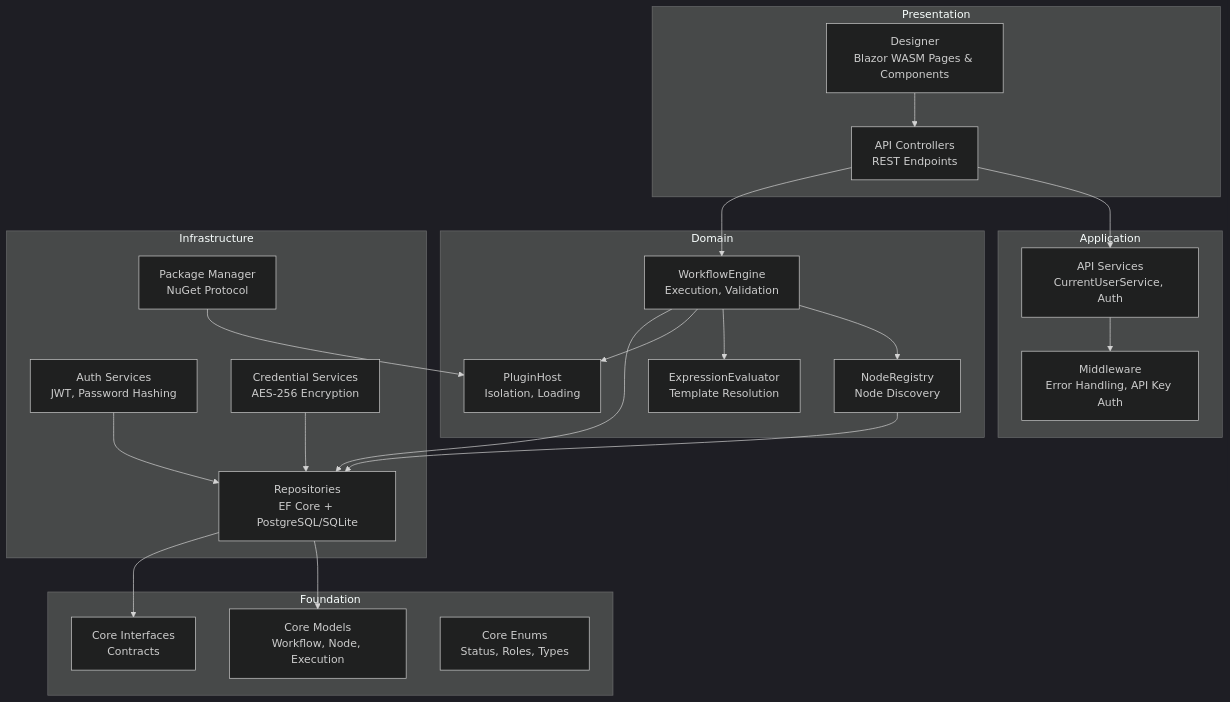
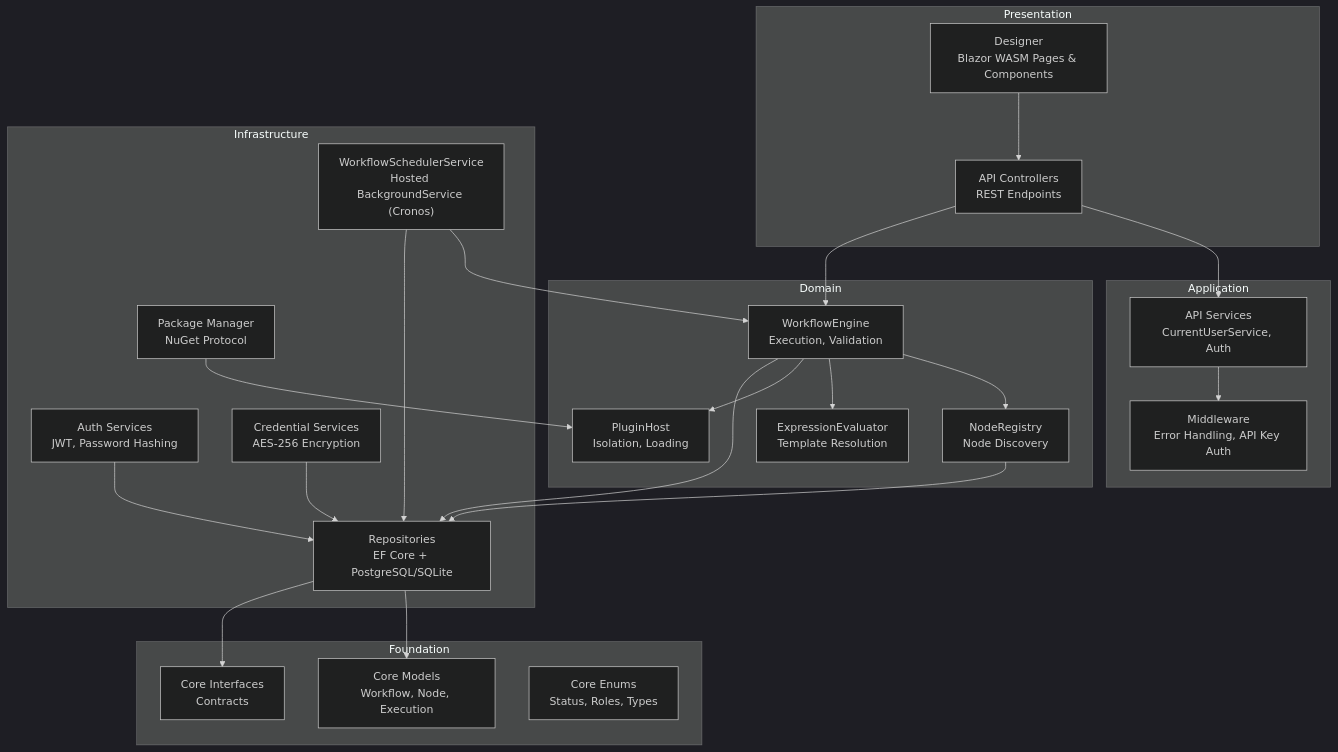
One commit to homolibere/Vyshyvanka changed the third of 3 diagrams in docs/02-architecture.md. Above: the diagram before and after it, drawn with Mermaid (dark theme). The commit also changed other lines of this file and 43 other files, not shown here.

First line of the commit message:
feat(workflow): decouple activation from execution + add scheduler

````diff
--- a/docs/02-architecture.md
+++ b/docs/02-architecture.md
@@ -93,47 +94,50 @@
 ```mermaid
 graph TB
     subgraph Presentation
         Designer["Designer<br/>Blazor WASM Pages & Components"]
         Controllers["API Controllers<br/>REST Endpoints"]
     end
 
     subgraph Application
         Services["API Services<br/>CurrentUserService, Auth"]
         Middleware["Middleware<br/>Error Handling, API Key Auth"]
     end
 
     subgraph Domain
         EngineExec["WorkflowEngine<br/>Execution, Validation"]
         Registry["NodeRegistry<br/>Node Discovery"]
         Expressions["ExpressionEvaluator<br/>Template Resolution"]
         Plugins["PluginHost<br/>Isolation, Loading"]
     end
 
     subgraph Infrastructure
         Persistence["Repositories<br/>EF Core + PostgreSQL/SQLite"]
         Auth["Auth Services<br/>JWT, Password Hashing"]
         Credentials["Credential Services<br/>AES-256 Encryption"]
         Packages["Package Manager<br/>NuGet Protocol"]
+        Scheduler["WorkflowSchedulerService<br/>Hosted BackgroundService (Cronos)"]
     end
 
     subgraph Foundation
         CoreModels["Core Models<br/>Workflow, Node, Execution"]
         CoreInterfaces["Core Interfaces<br/>Contracts"]
         CoreEnums["Core Enums<br/>Status, Roles, Types"]
     end
 
     Designer --> Controllers
     Controllers --> Services
     Controllers --> EngineExec
     Services --> Middleware
     EngineExec --> Registry
     EngineExec --> Expressions
     EngineExec --> Plugins
     Registry --> Persistence
     EngineExec --> Persistence
     Auth --> Persistence
     Credentials --> Persistence
     Packages --> Plugins
+    Scheduler --> EngineExec
+    Scheduler --> Persistence
     Persistence --> CoreModels
     Persistence --> CoreInterfaces
 ```
````
